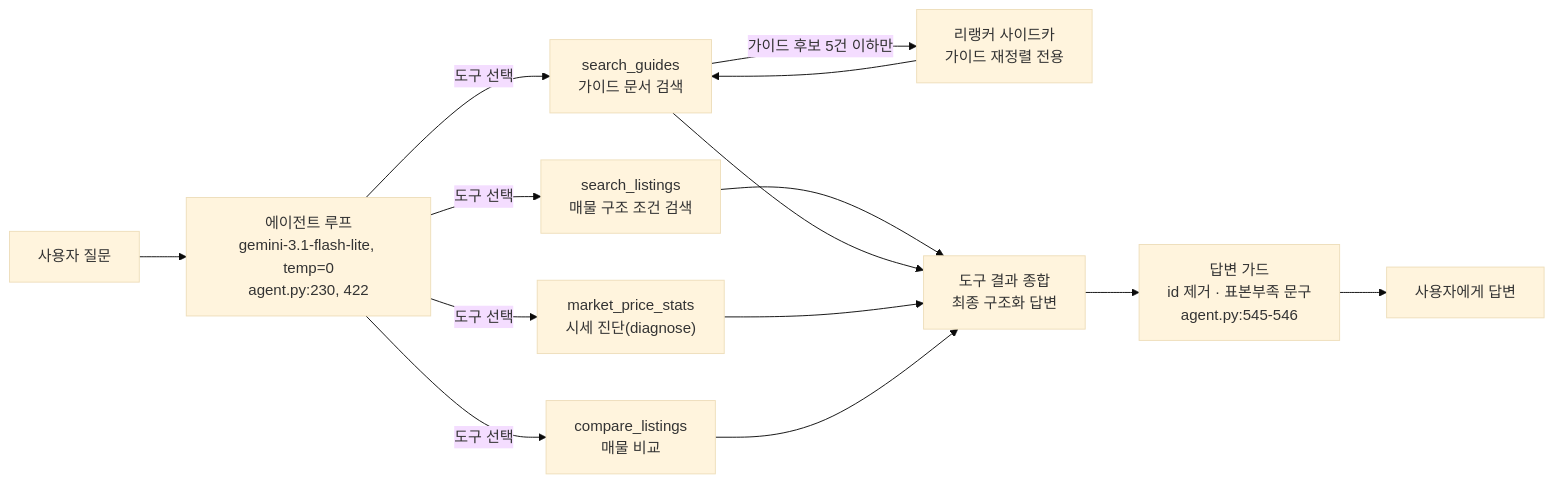
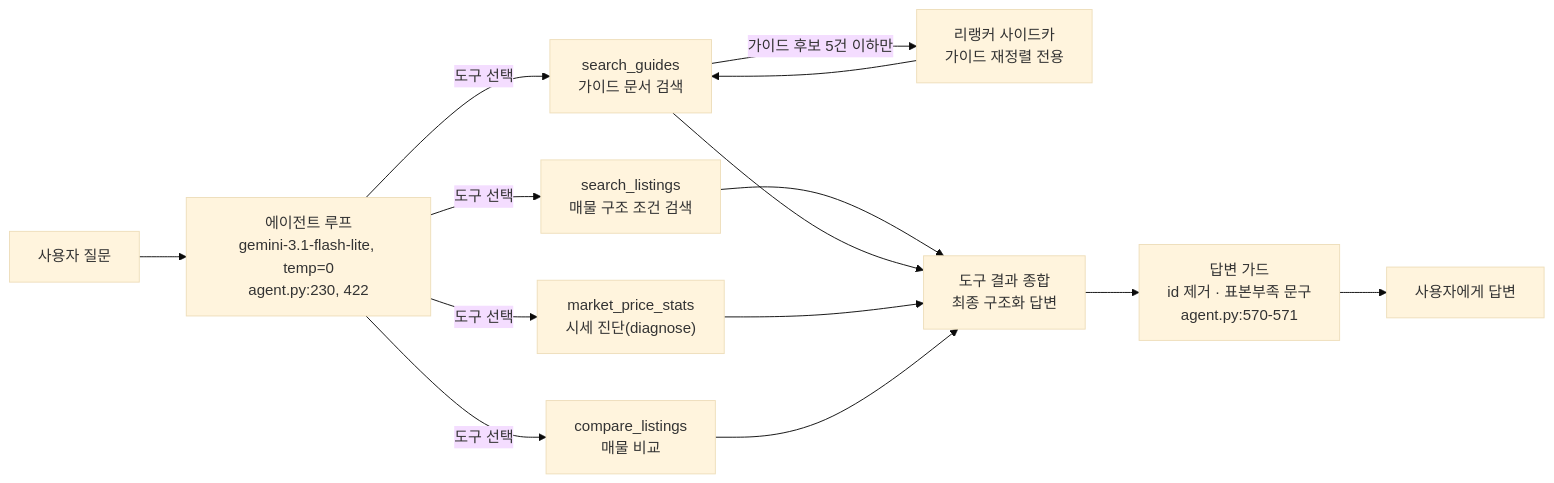
One commit to wonho1111/bmad-encar-demo changed the diagram in docs/ai-advanced/05-pipeline-explained.md. Above: the diagram before and after it, drawn with Mermaid (base theme). The commit also changed other lines of this file and 1 other file, not shown here.

Commit message:
장부 DW-873 닫음·DW-876 등재(가이드 게이트가 주제 밖 문서 통과·정직성 2건·되묻기 1건), 문서 05 — 강제 가이드 호출 흐름·DW-873/876 반영, agent·agent_tools 줄 번호 재대조

````diff
--- a/docs/ai-advanced/05-pipeline-explained.md
+++ b/docs/ai-advanced/05-pipeline-explained.md
@@ -52,16 +55,16 @@
 ```mermaid
 flowchart LR
     U["사용자 질문"] --> LOOP["에이전트 루프<br/>gemini-3.1-flash-lite, temp=0<br/>agent.py:230, 422"]
     LOOP -->|도구 선택| SL["search_listings<br/>매물 구조 조건 검색"]
     LOOP -->|도구 선택| SG["search_guides<br/>가이드 문서 검색"]
     LOOP -->|도구 선택| MP["market_price_stats<br/>시세 진단(diagnose)"]
     LOOP -->|도구 선택| CL["compare_listings<br/>매물 비교"]
     SG -->|가이드 후보 5건 이하만| RR["리랭커 사이드카<br/>가이드 재정렬 전용"]
     RR --> SG
     SL --> FIN["도구 결과 종합<br/>최종 구조화 답변"]
     SG --> FIN
     MP --> FIN
     CL --> FIN
-    FIN --> GD["답변 가드<br/>id 제거 · 표본부족 문구<br/>agent.py:545-546"]
+    FIN --> GD["답변 가드<br/>id 제거 · 표본부족 문구<br/>agent.py:570-571"]
     GD --> R["사용자에게 답변"]
 ```
````
